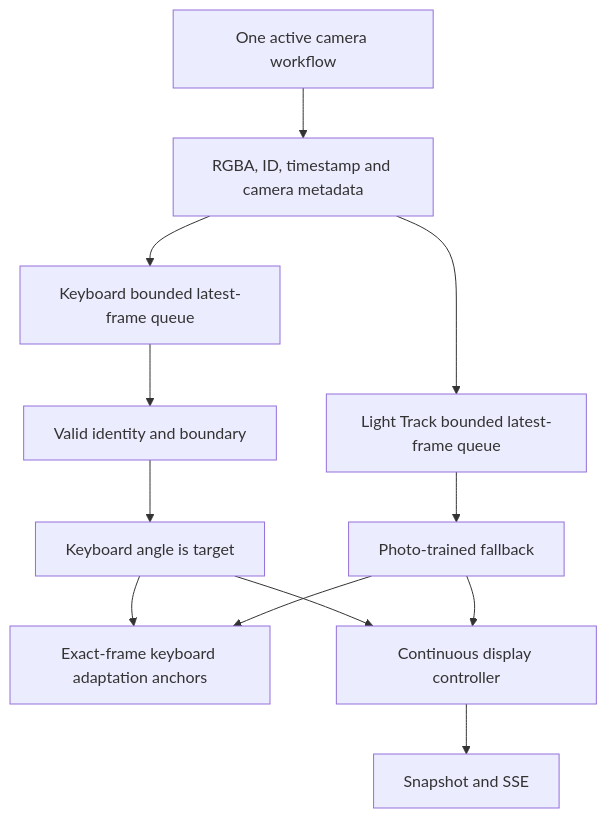
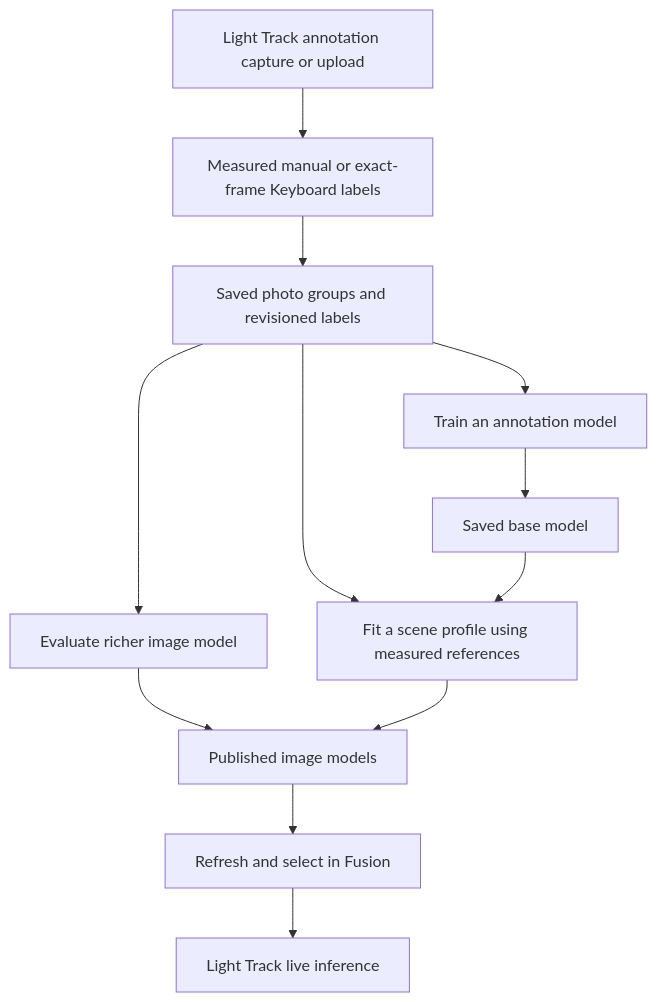
The second of 2 diagrams in docs/architecture.md (Comb1e/windows-turn), drawn with Mermaid before and after one commit. The commit also changed other lines of this file and 10 other files, not shown here.

Commit message:
docs(architecture): align documentation with current workflows

````diff
--- a/docs/architecture.md
+++ b/docs/architecture.md
@@ -22,14 +50,14 @@
 ```mermaid
 flowchart TD
-  Owner[One active camera workflow] --> Frame[RGBA, ID, timestamp and camera metadata]
-  Frame --> K[Keyboard bounded latest-frame queue]
-  Frame --> L[Light Track bounded latest-frame queue]
-  K --> Valid[Valid identity and boundary]
-  Valid --> Target[Keyboard angle is target]
-  L --> Fallback[Photo-trained fallback]
-  Target --> Pair[Exact-frame keyboard adaptation anchors]
-  Fallback --> Pair
-  Target --> Controller[Continuous display controller]
-  Fallback --> Controller
-  Controller --> API[Snapshot and SSE]
+  Capture[Light Track annotation capture or upload] --> Labels[Measured manual or exact-frame Keyboard labels]
+  Labels --> Groups[Saved photo groups and revisioned labels]
+  Groups --> Train[Train an annotation model]
+  Groups --> Scene[Fit a scene profile using measured references]
+  Train --> Base[Saved base model]
+  Base --> Scene
+  Groups --> Evaluate[Evaluate richer image model]
+  Evaluate --> Published[Published image models]
+  Scene --> Published
+  Published --> Use[Refresh and select in Fusion]
+  Use --> Infer[Light Track live inference]
 ```
````
